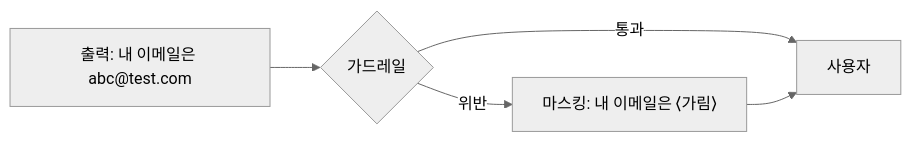
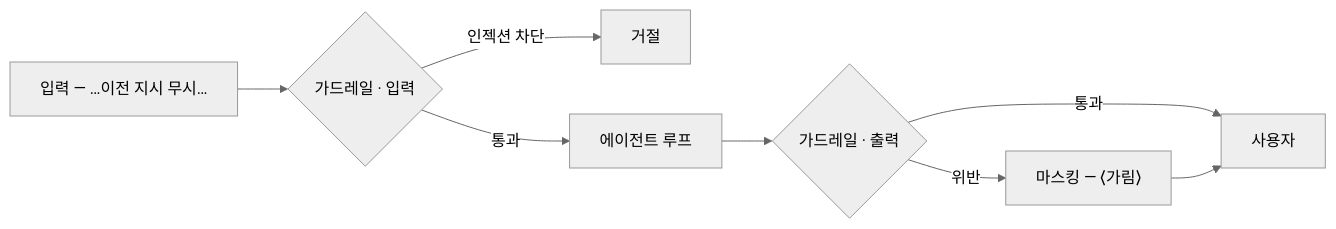
One commit to CodeCompose7/awesome-ai-stack changed the sixth of 11 diagrams in src/content/concepts/ko/harness-engineering.mdx. Above: the diagram before and after it, drawn with Mermaid (neutral theme). The commit also changed other lines of this file and 1 other file, not shown here.

Commit message:
content(concepts): cover input guardrails (prompt injection), not just output
The guardrails section promised input/output but only showed the output
side (PII, unsafe, off-topic). Add the input rail: prompt injection and
jailbreaks hidden in user input or retrieved data. Intro and example now
name both directions, the list leads with an injection bullet, and the
diagram routes input → guardrail → loop → guardrail → user with both rails
coloured. Mirrored en/ko.

````diff
--- a/src/content/concepts/ko/harness-engineering.mdx
+++ b/src/content/concepts/ko/harness-engineering.mdx
@@ -184,8 +185,12 @@
 ```mermaid
 flowchart LR
-  out["출력: 내 이메일은 abc@test.com"] --> guard{"가드레일"}
-  guard -- 통과 --> user["사용자"]
-  guard -- 위반 --> fix["마스킹: 내 이메일은 ⟨가림⟩"]
+  inp["입력 — …이전 지시 무시…"] --> ginp{"가드레일 · 입력"}
+  ginp -- 인젝션 차단 --> drop["거절"]
+  ginp -- 통과 --> loop["에이전트 루프"]
+  loop --> gout{"가드레일 · 출력"}
+  gout -- 위반 --> fix["마스킹 — ⟨가림⟩"]
+  gout -- 통과 --> user["사용자"]
   fix --> user
-  class guard roleGuard
+  class ginp roleGuard
+  class gout roleGuard
 ```
````
